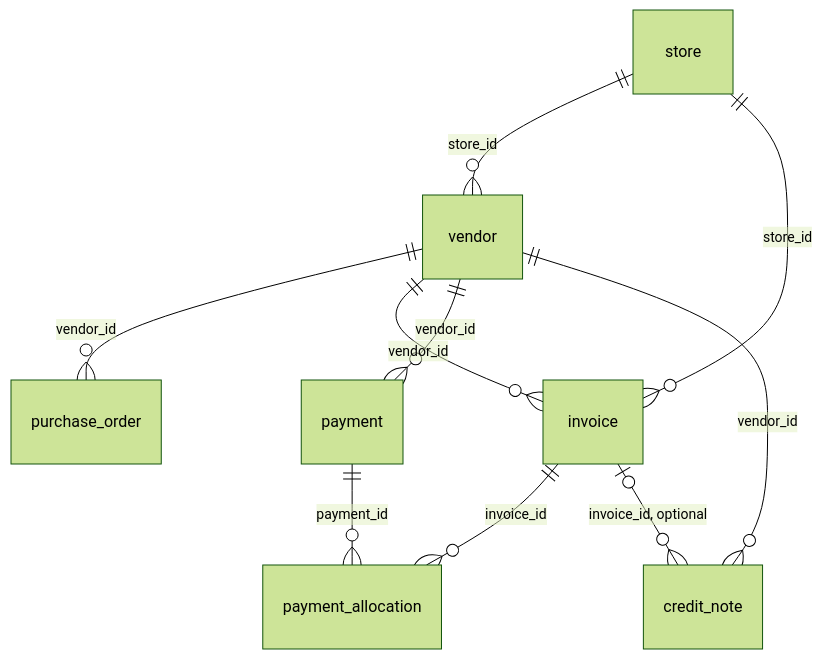
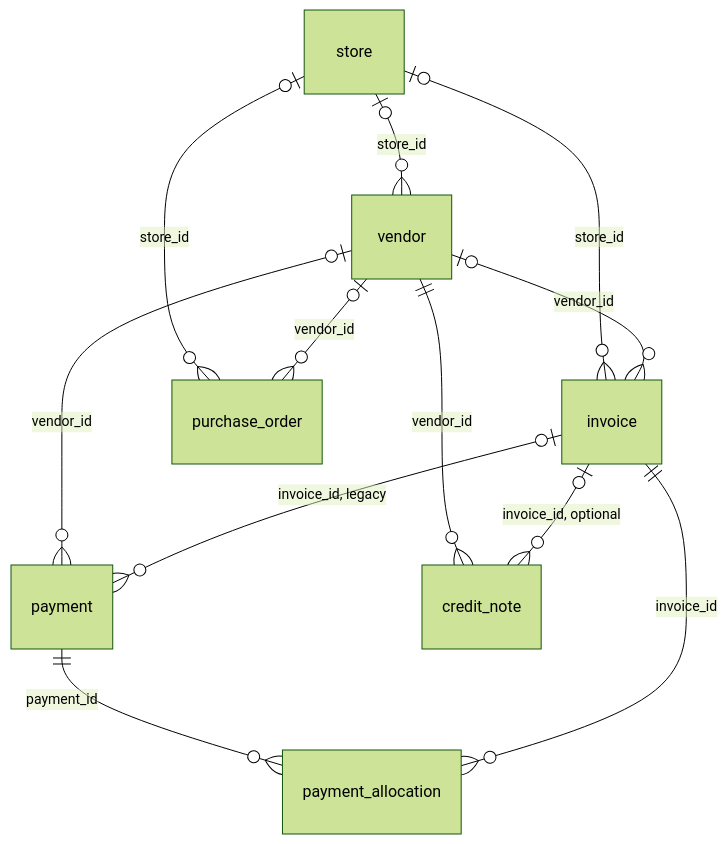
The fifth of 6 diagrams in docs/ARCHITECTURE.md (raviteja0012/robinsons-store), drawn with Mermaid (forest theme) before and after one commit. The commit also changed other lines of this file and 2 other files, not shown here.

First line of the commit message:
Correct the architecture diagrams to match the code

````diff
--- a/docs/ARCHITECTURE.md
+++ b/docs/ARCHITECTURE.md
@@ -266,12 +304,14 @@
 ```mermaid
 erDiagram
-  store ||--o{ vendor : "store_id"
-  store ||--o{ invoice : "store_id"
-  vendor ||--o{ purchase_order : "vendor_id"
-  vendor ||--o{ invoice : "vendor_id"
-  vendor ||--o{ payment : "vendor_id"
+  store |o--o{ vendor : "store_id"
+  store |o--o{ invoice : "store_id"
+  store |o--o{ purchase_order : "store_id"
+  vendor |o--o{ purchase_order : "vendor_id"
+  vendor |o--o{ invoice : "vendor_id"
+  vendor |o--o{ payment : "vendor_id"
+  invoice |o--o{ payment : "invoice_id, legacy"
   payment ||--o{ payment_allocation : "payment_id"
   invoice ||--o{ payment_allocation : "invoice_id"
   vendor ||--o{ credit_note : "vendor_id"
   invoice |o--o{ credit_note : "invoice_id, optional"
 ```
````
